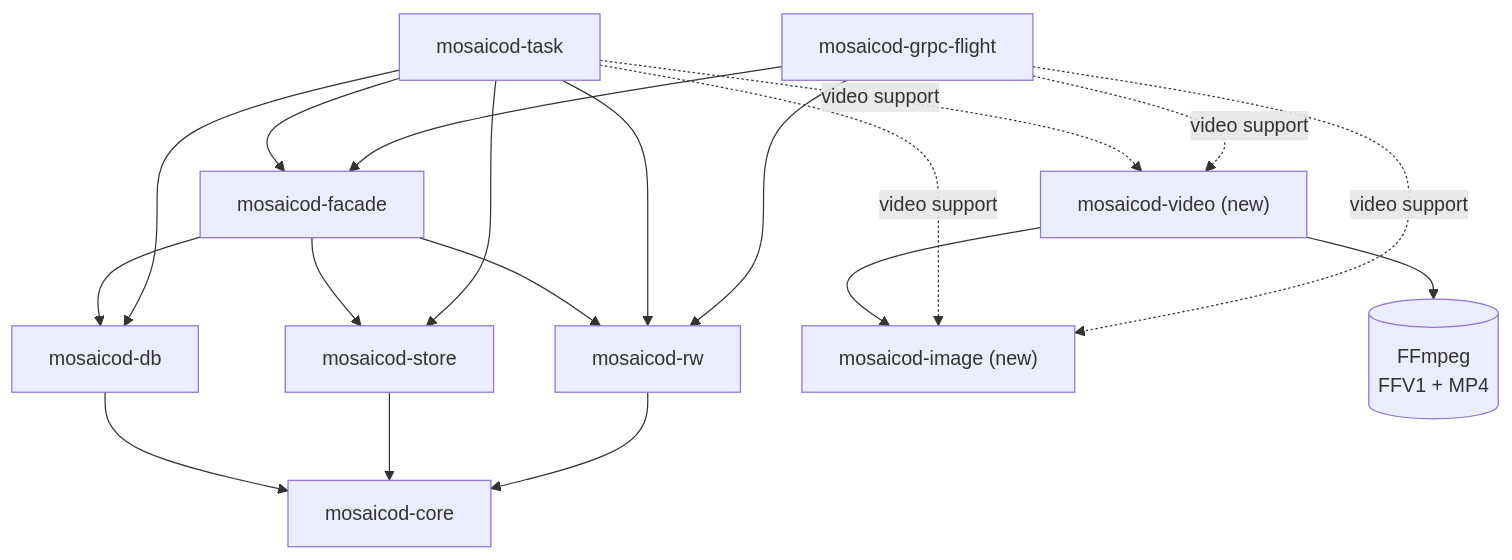
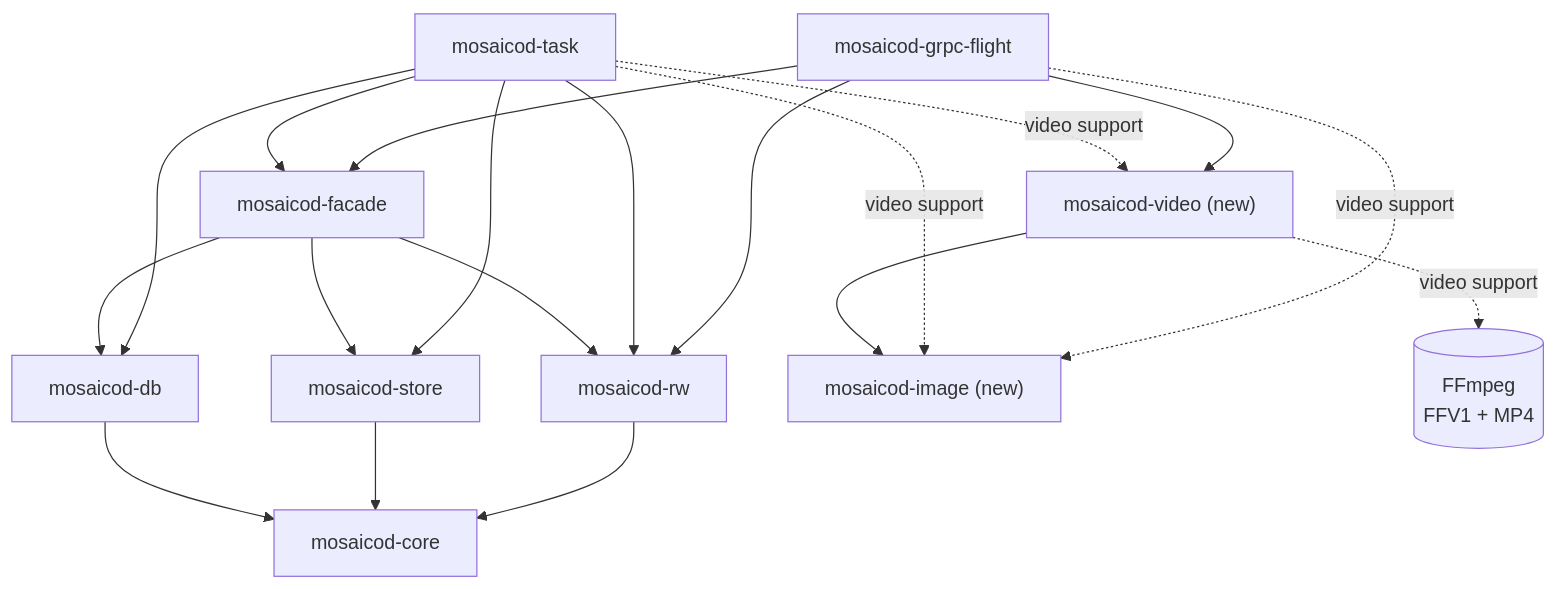
The second of 2 diagrams in text/0000-image-sequence.md (mosaico-labs/mosaico-rfcs), drawn with Mermaid before and after one commit. The commit also changed other lines of this file, not shown here.

````diff
--- a/text/0000-image-sequence.md
+++ b/text/0000-image-sequence.md
@@ -292,32 +405,32 @@
 ```mermaid
 flowchart TD
     FLIGHT["mosaicod-grpc-flight"]
     TASK["mosaicod-task"]
     FACADE["mosaicod-facade"]
     RW["mosaicod-rw"]
     STORE["mosaicod-store"]
     DB["mosaicod-db"]
     CORE["mosaicod-core"]
     IMAGE["mosaicod-image (new)"]
     VIDEO["mosaicod-video (new)"]
     FFMPEG[("FFmpeg<br/>FFV1 + MP4")]
 
     FLIGHT --> FACADE
     FLIGHT --> RW
     FLIGHT -.->|"video support"| IMAGE
-    FLIGHT -.->|"video support"| VIDEO
+    FLIGHT --> VIDEO
     TASK --> FACADE
     TASK --> RW
     TASK --> STORE
     TASK --> DB
     TASK -.->|"video support"| IMAGE
     TASK -.->|"video support"| VIDEO
     VIDEO --> IMAGE
-    VIDEO --> FFMPEG
+    VIDEO -.->|"video support"| FFMPEG
     FACADE --> RW
     FACADE --> STORE
     FACADE --> DB
     RW --> CORE
     STORE --> CORE
     DB --> CORE
 ```
````
